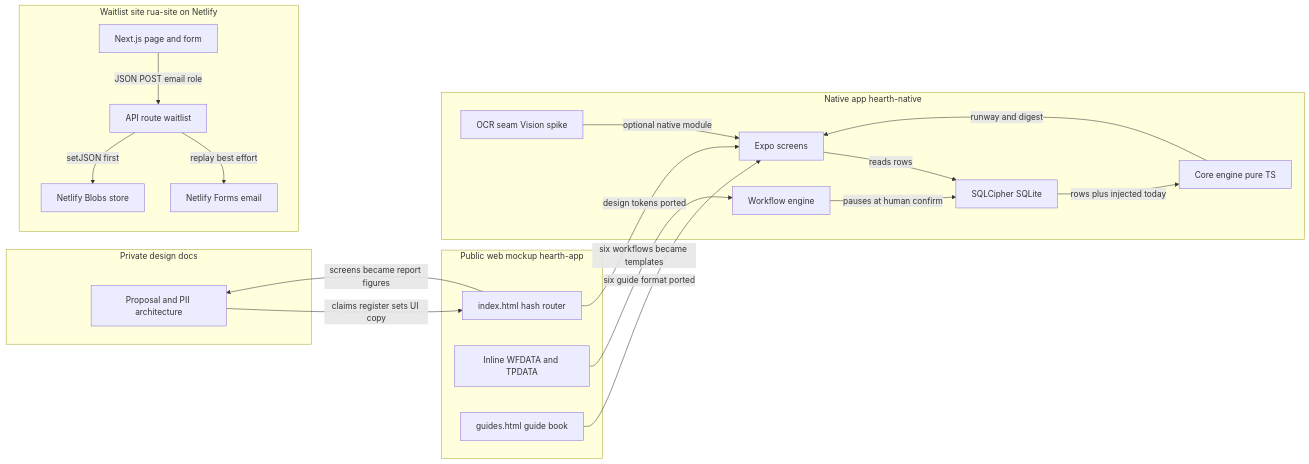
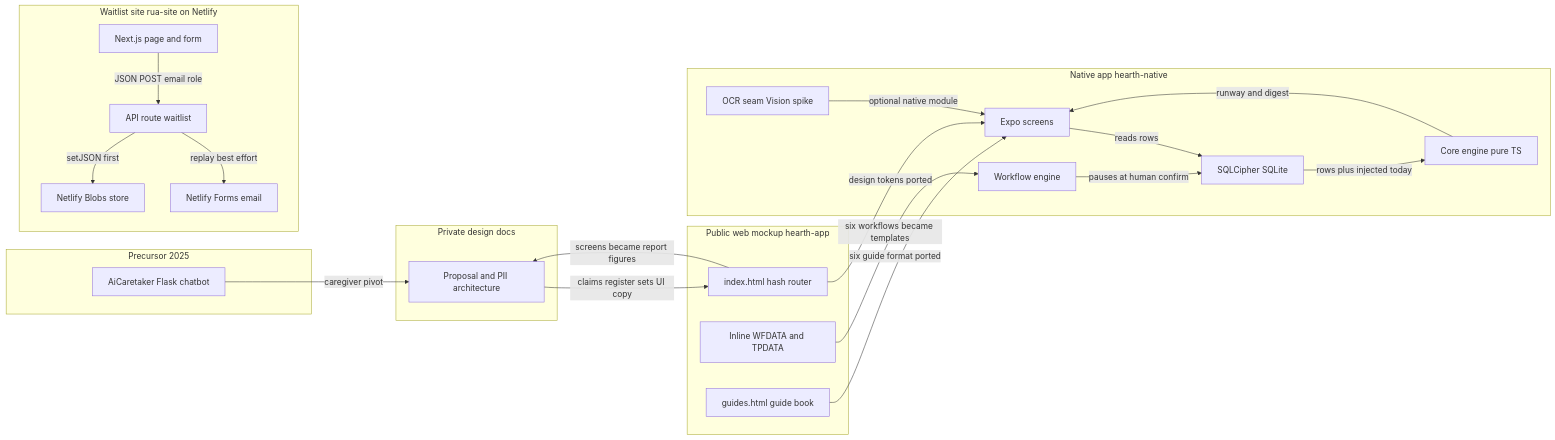
Before and after one commit to anirxdh/portfolio: the diagram in content/diagrams/rua-product-story-architecture.mmd, drawn with Mermaid. The commit also changed 77 other files, not shown here.

```diff
--- a/content/diagrams/rua-product-story-architecture.mmd
+++ b/content/diagrams/rua-product-story-architecture.mmd
@@ -1,35 +1,39 @@
-graph LR
+flowchart LR
+  subgraph PRE[Precursor 2025]
+    P[AiCaretaker Flask chatbot]
+  end
   subgraph DOCS[Private design docs]
     M[Proposal and PII architecture]
   end
   subgraph WEB[Public web mockup hearth-app]
     A[index.html hash router]
     B[Inline WFDATA and TPDATA]
     C[guides.html guide book]
   end
   subgraph APP[Native app hearth-native]
     D[Expo screens]
     E[SQLCipher SQLite]
     F[Core engine pure TS]
     G[Workflow engine]
     H[OCR seam Vision spike]
   end
   subgraph SITE[Waitlist site rua-site on Netlify]
     I[Next.js page and form]
     J[API route waitlist]
     K[Netlify Blobs store]
     L[Netlify Forms email]
   end
+  P -->|caregiver pivot| M
   M -->|claims register sets UI copy| A
   A -->|screens became report figures| M
   A -->|design tokens ported| D
   B -->|six workflows became templates| G
   C -->|six guide format ported| D
   D -->|reads rows| E
   E -->|rows plus injected today| F
   F -->|runway and digest| D
   G -->|pauses at human confirm| E
   H -->|optional native module| D
   I -->|JSON POST email role| J
   J -->|setJSON first| K
   J -->|replay best effort| L
```
